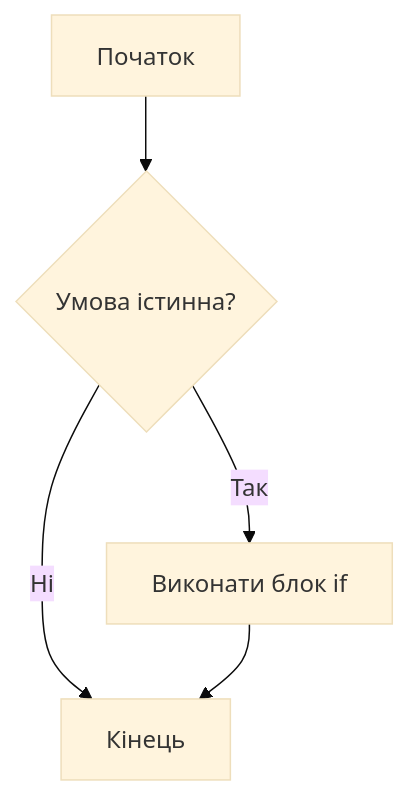
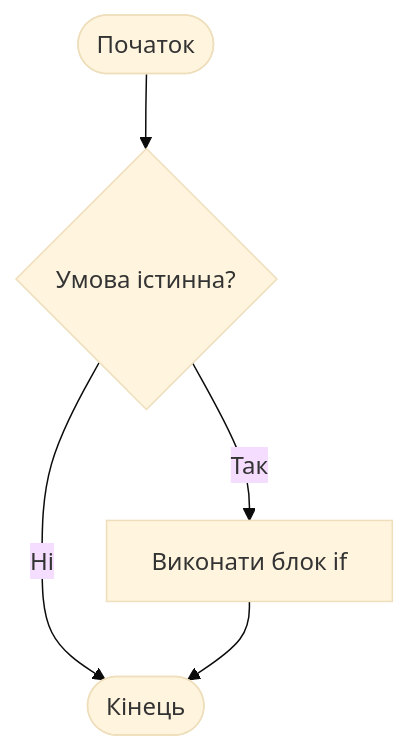
One commit to EugeneLoy/nauklit-python-8 changed the first of 3 diagrams in Розгалуження.md. Above: the diagram before and after it, drawn with Mermaid (base theme). The commit also changed other lines of this file, not shown here.

Commit message:
fixed flowchart issues

````diff
--- a/Розгалуження.md
+++ b/Розгалуження.md
@@ -34,7 +34,7 @@
 ```mermaid
 flowchart TD
-    A[Початок] --> B{Умова істинна?}
-    B -- Ні --> E
+    Start([Початок]) --> B{Умова істинна?}
+    B -- Ні --> End
     B -- Так --> C[Виконати блок if]
-    C --> E[Кінець]
+    C --> End([Кінець])
 ```
````
